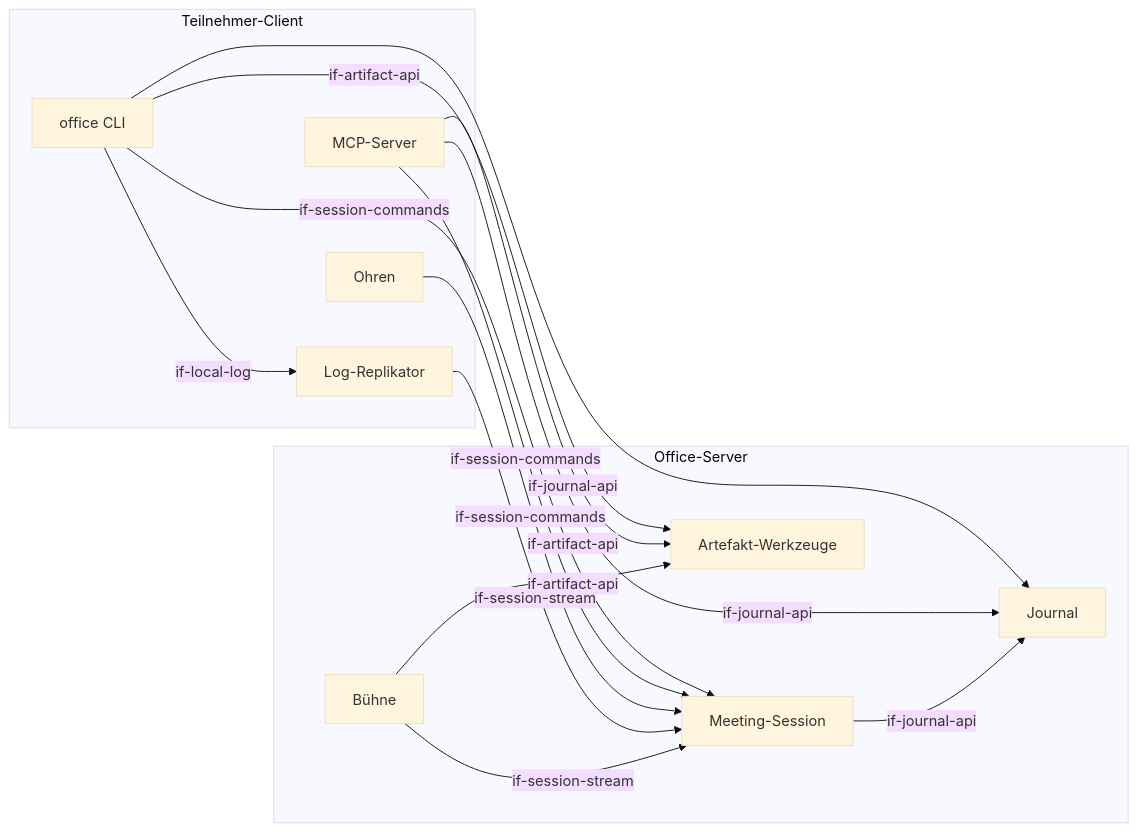
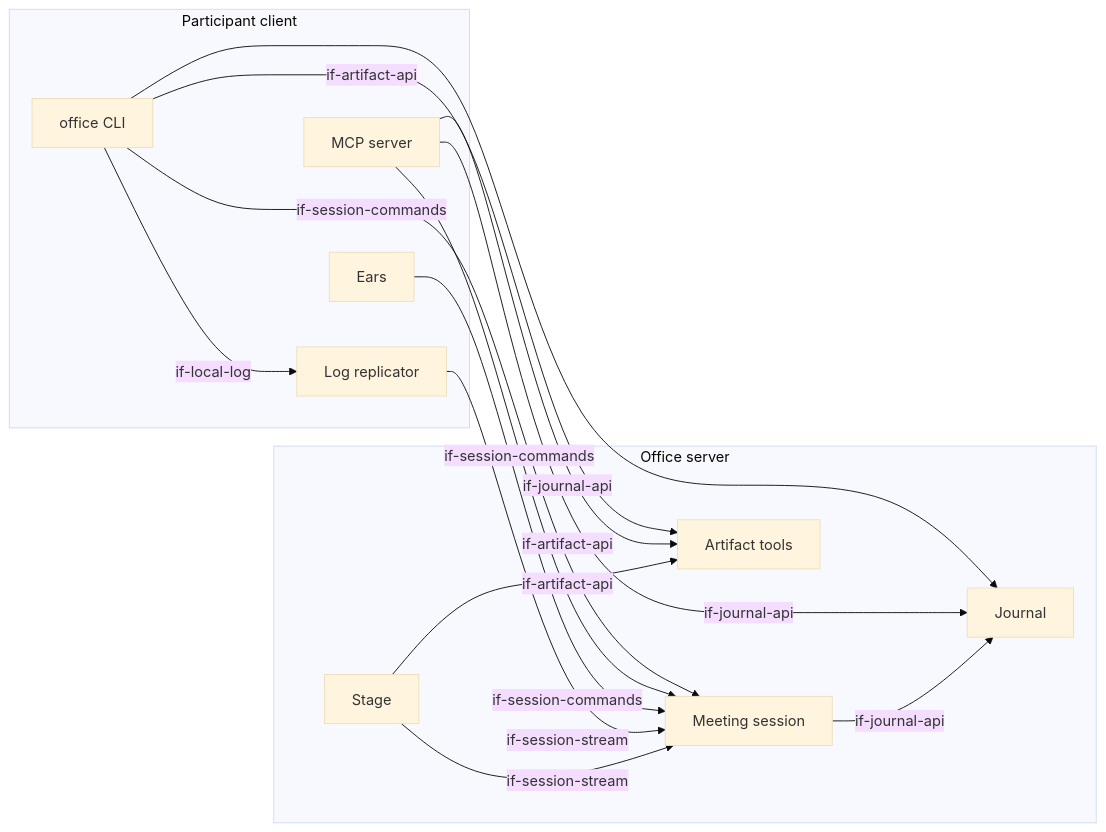
One commit to mrsimpson/agentic-office changed the diagram in docs/architecture/05-building-blocks.arc42.md. Above: the diagram before and after it, drawn with Mermaid (base theme). The commit also changed other lines of this file and 13 other files, not shown here.

First line of the commit message:
Translate architecture to English and add resumability

````diff
--- a/docs/architecture/05-building-blocks.arc42.md
+++ b/docs/architecture/05-building-blocks.arc42.md
@@ -18,27 +18,27 @@
 ```mermaid
 flowchart LR
-    subgraph bb_client [Teilnehmer-Client]
+    subgraph bb_client [Participant client]
         bb_cli[office CLI]
-        bb_mcp[MCP-Server]
-        bb_replicator[Log-Replikator]
-        bb_ears[Ohren]
+        bb_mcp[MCP server]
+        bb_replicator[Log replicator]
+        bb_ears[Ears]
     end
-    subgraph bb_server [Office-Server]
-        bb_session[Meeting-Session]
+    subgraph bb_server [Office server]
+        bb_session[Meeting session]
         bb_journal[Journal]
-        bb_artifacts[Artefakt-Werkzeuge]
-        bb_stage[Bühne]
+        bb_artifacts[Artifact tools]
+        bb_stage[Stage]
     end
     bb_cli -->|if-session-commands| bb_session
     bb_mcp -->|if-session-commands| bb_session
     bb_ears -->|if-session-commands| bb_session
     bb_replicator -->|if-session-stream| bb_session
     bb_stage -->|if-session-stream| bb_session
     bb_cli -->|if-artifact-api| bb_artifacts
     bb_mcp -->|if-artifact-api| bb_artifacts
     bb_stage -->|if-artifact-api| bb_artifacts
     bb_cli -->|if-journal-api| bb_journal
     bb_mcp -->|if-journal-api| bb_journal
     bb_session -->|if-journal-api| bb_journal
     bb_cli -->|if-local-log| bb_replicator
 ```
````
